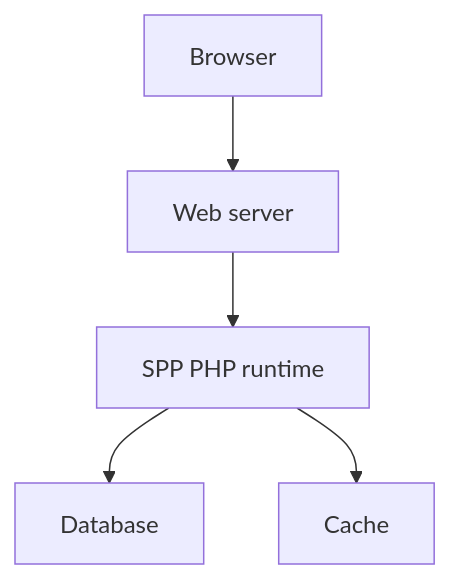
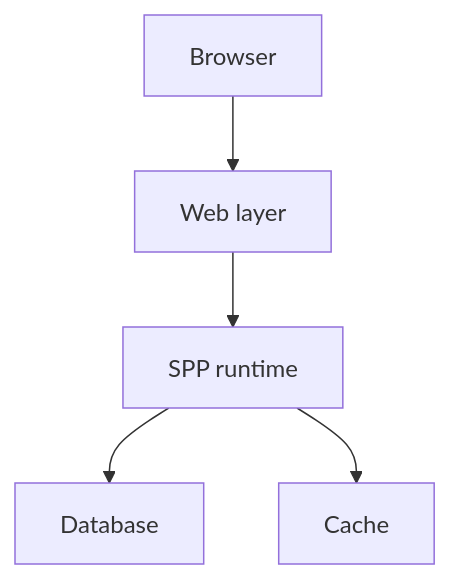
Before and after one commit to shuklasp/spp: the seventh of 9 diagrams in documentation/handbook/21-enterprise-architecture-and-deployment.md, drawn with Mermaid. The commit also changed other lines of this file, not shown here.

Commit message:
docs: reconcile enterprise architecture boundaries

````diff
--- a/documentation/handbook/21-enterprise-architecture-and-deployment.md
+++ b/documentation/handbook/21-enterprise-architecture-and-deployment.md
@@ -223,7 +164,7 @@
 ```mermaid
 flowchart TD
-    B[Browser] --> W[Web server]
-    W --> P[SPP PHP runtime]
+    B[Browser] --> W[Web layer]
+    W --> P[SPP runtime]
     P --> DB[Database]
     P --> C[Cache]
 ```
````
